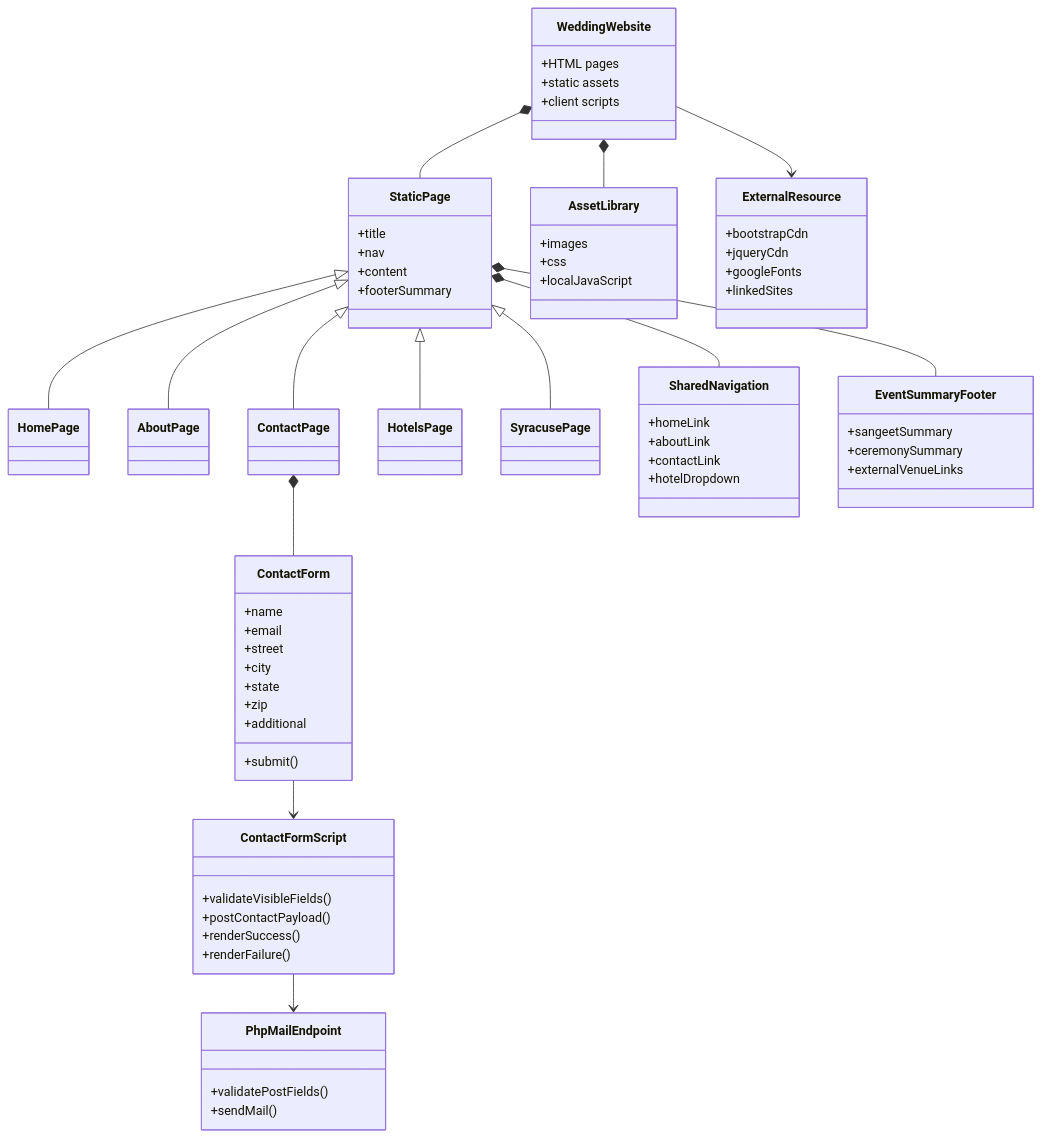
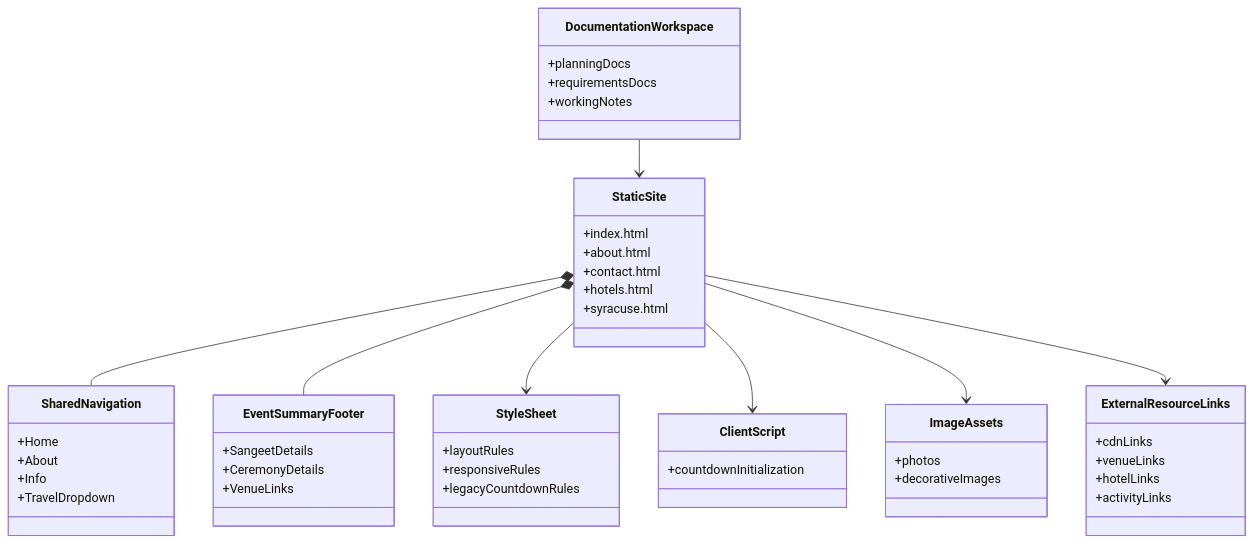
Before and after one commit to skeller01/wedding-website: the fourth of 4 diagrams in documentation/requirements/current-state-design.md, drawn with Mermaid. The commit also changed other lines of this file and 10 other files, not shown here.

````diff
--- a/documentation/requirements/current-state-design.md
+++ b/documentation/requirements/current-state-design.md
@@ -415,75 +476,52 @@
 ```mermaid
 classDiagram
-  class WeddingWebsite {
-    +HTML pages
-    +static assets
-    +client scripts
+  class StaticSite {
+    +index.html
+    +about.html
+    +contact.html
+    +hotels.html
+    +syracuse.html
   }
-  class StaticPage {
-    +title
-    +nav
-    +content
-    +footerSummary
-  }
-  class HomePage
-  class AboutPage
-  class ContactPage
-  class HotelsPage
-  class SyracusePage
   class SharedNavigation {
-    +homeLink
-    +aboutLink
-    +contactLink
-    +hotelDropdown
+    +Home
+    +About
+    +Info
+    +TravelDropdown
   }
   class EventSummaryFooter {
-    +sangeetSummary
-    +ceremonySummary
-    +externalVenueLinks
+    +SangeetDetails
+    +CeremonyDetails
+    +VenueLinks
   }
-  class AssetLibrary {
-    +images
-    +css
-    +localJavaScript
+  class StyleSheet {
+    +layoutRules
+    +responsiveRules
+    +legacyCountdownRules
   }
-  class ExternalResource {
-    +bootstrapCdn
-    +jqueryCdn
-    +googleFonts
-    +linkedSites
+  class ClientScript {
+    +countdownInitialization
   }
-  class ContactForm {
-    +name
-    +email
-    +street
-    +city
-    +state
-    +zip
-    +additional
-    +submit()
+  class ImageAssets {
+    +photos
+    +decorativeImages
   }
-  class ContactFormScript {
-    +validateVisibleFields()
-    +postContactPayload()
-    +renderSuccess()
-    +renderFailure()
+  class ExternalResourceLinks {
+    +cdnLinks
+    +venueLinks
+    +hotelLinks
+    +activityLinks
   }
-  class PhpMailEndpoint {
-    +validatePostFields()
-    +sendMail()
+  class DocumentationWorkspace {
+    +planningDocs
+    +requirementsDocs
+    +workingNotes
   }
 
-  WeddingWebsite *-- StaticPage
-  WeddingWebsite *-- AssetLibrary
-  WeddingWebsite --> ExternalResource
-  StaticPage <|-- HomePage
-  StaticPage <|-- AboutPage
-  StaticPage <|-- ContactPage
-  StaticPage <|-- HotelsPage
-  StaticPage <|-- SyracusePage
-  StaticPage *-- SharedNavigation
-  StaticPage *-- EventSummaryFooter
-  ContactPage *-- ContactForm
-  ContactForm --> ContactFormScript
-  ContactFormScript --> PhpMailEndpoint
+  StaticSite *-- SharedNavigation
+  StaticSite *-- EventSummaryFooter
+  StaticSite --> StyleSheet
+  StaticSite --> ClientScript
+  StaticSite --> ImageAssets
+  StaticSite --> ExternalResourceLinks
+  DocumentationWorkspace --> StaticSite
 ```
````
